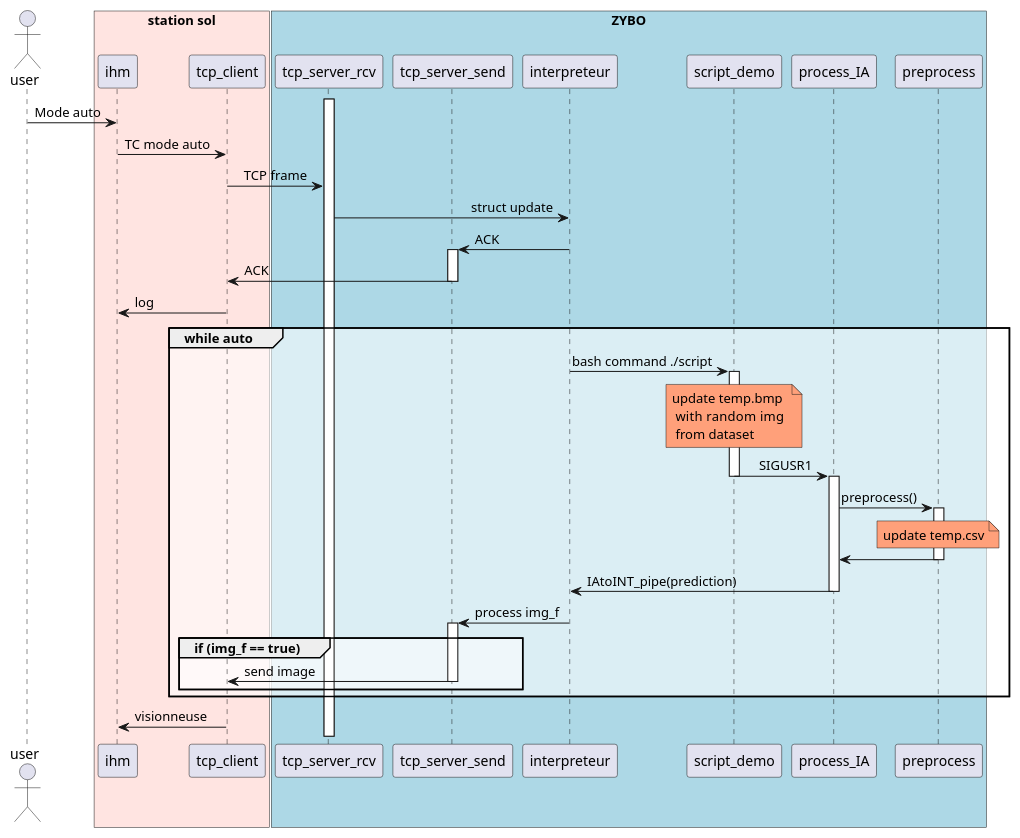
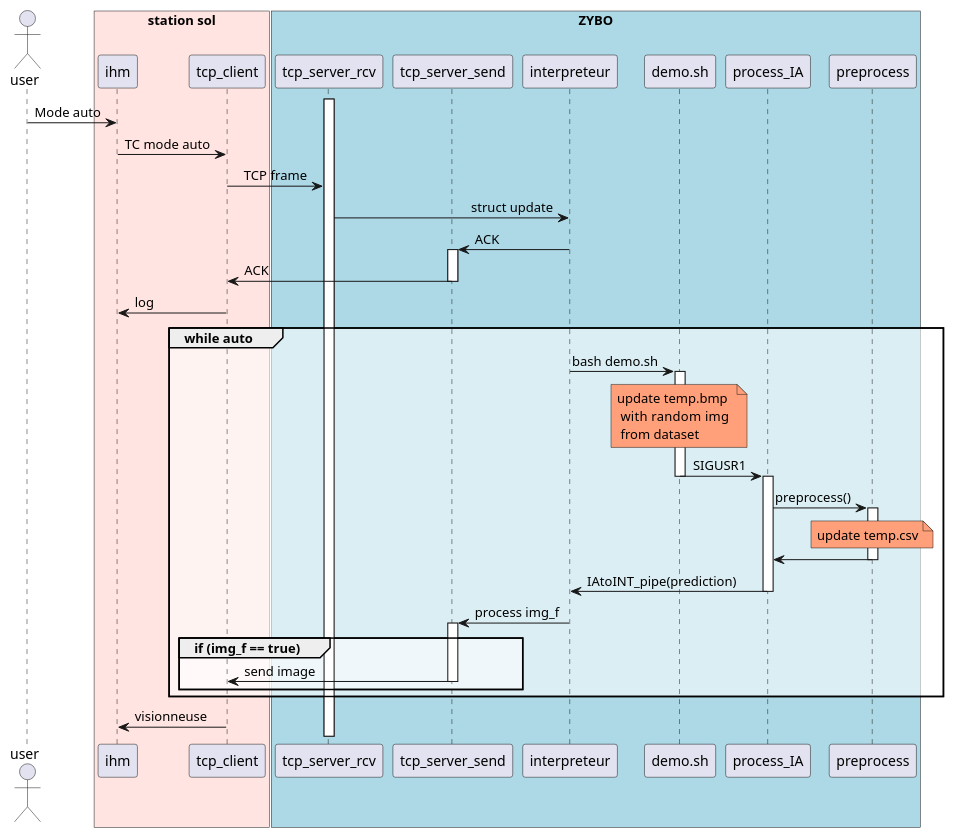
One commit to GuilhemROLLAND/A-Eye_Documentation changed the diagram in plantuml/A-eye-visor.plantuml. Above: the diagram before and after it, drawn with PlantUML. The commit also changed 1 other file, not shown here.

```diff
--- a/plantuml/A-eye-visor.plantuml
+++ b/plantuml/A-eye-visor.plantuml
@@ -1,55 +1,55 @@
 @startuml Sequence mode auto
 
 skinparam SequenceGroupBodyBackgroundColor #FFFFFF90
 skinparam SequenceMessageAlign reverseDirection
 
 actor user order 1
 
 box "ZYBO" #LightBlue
     participant tcp_server_rcv as server_rcv order 4
     participant tcp_server_send as server_send order 5
     participant interpreteur as int order 6
-    participant script_demo as script order 7
+    participant demo.sh as script order 7
     participant process_IA as ia order 8
     participant preprocess as pr order 9
 end box
 
 box "station sol" #MistyRose
     participant ihm as ihm order 2
     participant tcp_client as client order 3
 end box
 
 activate server_rcv
 user -> ihm : Mode auto
 ihm -> client : TC mode auto
 client -> server_rcv : TCP frame
 server_rcv -> int : struct update
 int -> server_send : ACK 
 activate server_send
 server_send -> client : ACK
 deactivate server_send
 client -> ihm : log
     group while auto
-        int -> script : bash command ./script
+        int -> script : bash demo.sh
         activate script 
         note over script #LightSalmon:  update temp.bmp \n with  random img \n from dataset
         script -> ia : SIGUSR1
         deactivate script
         activate ia 
         ia -> pr : preprocess()
         activate pr 
         note over pr #LightSalmon : update temp.csv 
         ' pr -> pr : update temp.csv
         pr -> ia
         deactivate pr 
         ia -> int : IAtoINT_pipe(prediction)
         deactivate ia
         int -> server_send : process img_f
         group if (img_f == true)
             activate server_send
             server_send -> client : send image
             deactivate server_send
         end
     end
     client -> ihm : visionneuse
 @enduml
```
